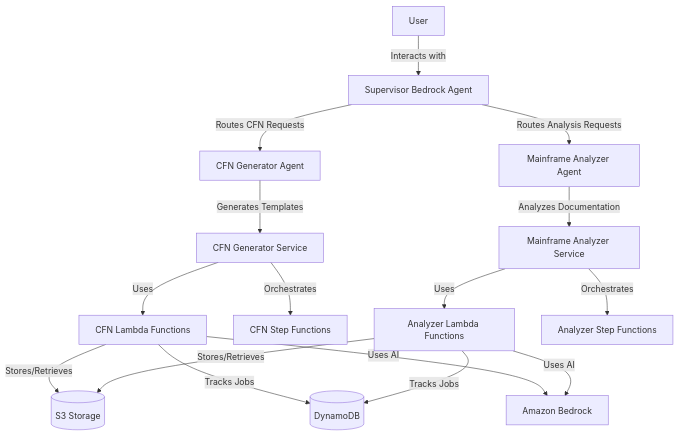
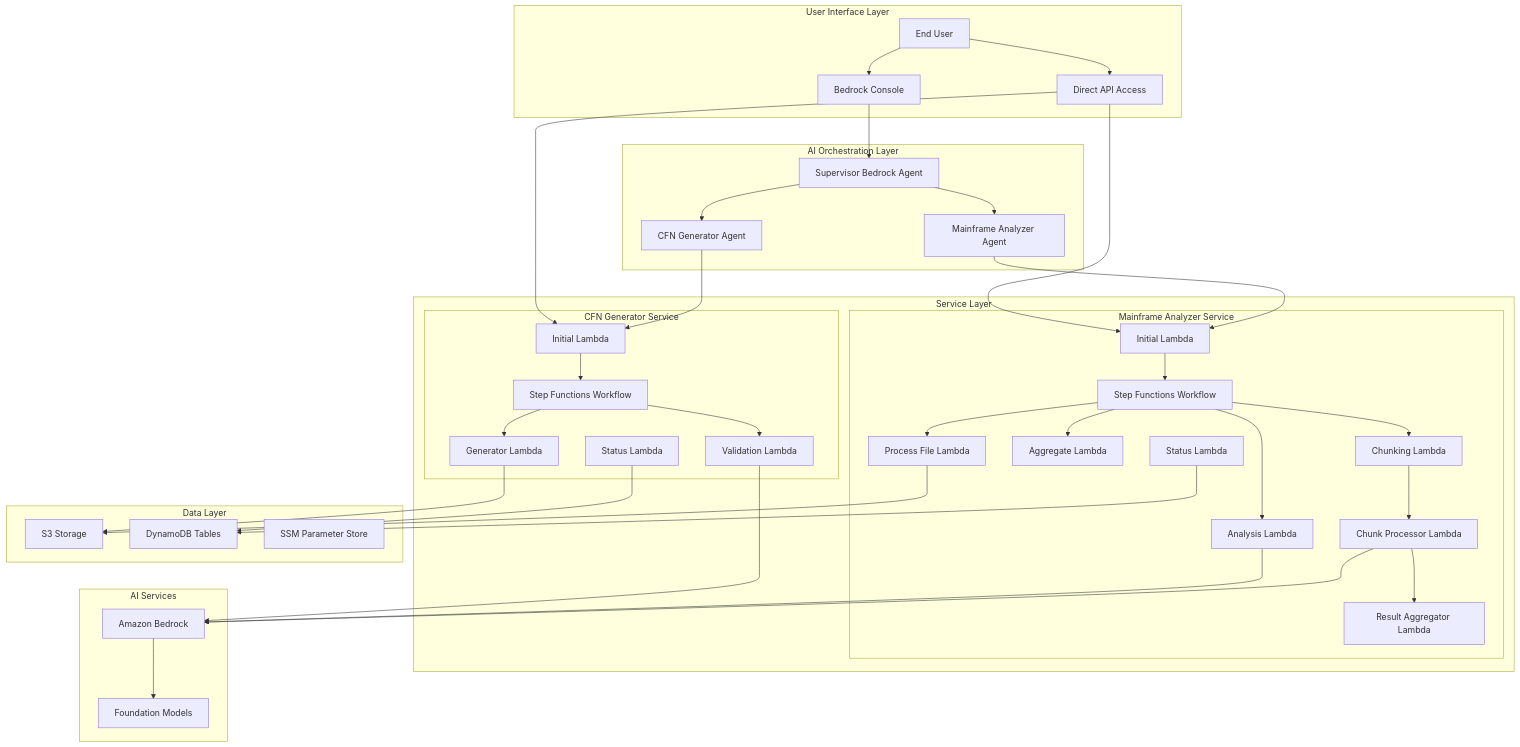
One commit to yssarat/mainframe-migration-suite changed the diagram in README.md. Above: the diagram before and after it, drawn with Mermaid. The commit also changed other lines of this file and 21 other files, not shown here.

````diff
--- a/README.md
+++ b/README.md
@@ -16,25 +41,81 @@
 ```mermaid
-graph TD
-    User[User] -->|Interacts with| SupervisorAgent[Supervisor Bedrock Agent]
+graph TB
+    subgraph "User Interface Layer"
+        User[End User]
+        BedrockConsole[Bedrock Console]
+        API[Direct API Access]
+    end
     
-    SupervisorAgent -->|Routes CFN Requests| CfnAgent[CFN Generator Agent]
-    SupervisorAgent -->|Routes Analysis Requests| AnalyzerAgent[Mainframe Analyzer Agent]
+    subgraph "AI Orchestration Layer"
+        SupervisorAgent[Supervisor Bedrock Agent]
+        CfnAgent[CFN Generator Agent]
+        AnalyzerAgent[Mainframe Analyzer Agent]
+    end
     
-    CfnAgent -->|Generates Templates| CfnService[CFN Generator Service]
-    AnalyzerAgent -->|Analyzes Documentation| AnalyzerService[Mainframe Analyzer Service]
+    subgraph "Service Layer"
+        subgraph "CFN Generator Service"
+            CfnInitial[Initial Lambda]
+            CfnGenerator[Generator Lambda]
+            CfnValidation[Validation Lambda]
+            CfnStatus[Status Lambda]
+            CfnStepFunctions[Step Functions Workflow]
+        end
+        
+        subgraph "Mainframe Analyzer Service"
+            AnalyzerInitial[Initial Lambda]
+            ProcessFile[Process File Lambda]
+            Aggregate[Aggregate Lambda]
+            Analysis[Analysis Lambda]
+            Chunking[Chunking Lambda]
+            ChunkProcessor[Chunk Processor Lambda]
+            ResultAggregator[Result Aggregator Lambda]
+            AnalyzerStatus[Status Lambda]
+            AnalyzerStepFunctions[Step Functions Workflow]
+        end
+    end
     
-    CfnService -->|Uses| CfnLambdas[CFN Lambda Functions]
-    CfnService -->|Orchestrates| CfnStepFunctions[CFN Step Functions]
+    subgraph "Data Layer"
+        S3[S3 Storage]
+        DynamoDB[DynamoDB Tables]
+        ParameterStore[SSM Parameter Store]
+    end
     
-    AnalyzerService -->|Uses| AnalyzerLambdas[Analyzer Lambda Functions]
-    AnalyzerService -->|Orchestrates| AnalyzerStepFunctions[Analyzer Step Functions]
+    subgraph "AI Services"
+        Bedrock[Amazon Bedrock]
+        BedrockModels[Foundation Models]
+    end
     
-    CfnLambdas -->|Stores/Retrieves| S3[(S3 Storage)]
-    AnalyzerLambdas -->|Stores/Retrieves| S3
+    User --> BedrockConsole
+    User --> API
+    BedrockConsole --> SupervisorAgent
+    API --> CfnInitial
+    API --> AnalyzerInitial
     
-    CfnLambdas -->|Tracks Jobs| DynamoDB[(DynamoDB)]
-    AnalyzerLambdas -->|Tracks Jobs| DynamoDB
+    SupervisorAgent --> CfnAgent
+    SupervisorAgent --> AnalyzerAgent
     
-    CfnLambdas -->|Uses AI| Bedrock[Amazon Bedrock]
-    AnalyzerLambdas -->|Uses AI| Bedrock
+    CfnAgent --> CfnInitial
+    AnalyzerAgent --> AnalyzerInitial
+    
+    CfnInitial --> CfnStepFunctions
+    CfnStepFunctions --> CfnGenerator
+    CfnStepFunctions --> CfnValidation
+    CfnGenerator --> S3
+    CfnValidation --> Bedrock
+    
+    AnalyzerInitial --> AnalyzerStepFunctions
+    AnalyzerStepFunctions --> ProcessFile
+    AnalyzerStepFunctions --> Aggregate
+    AnalyzerStepFunctions --> Analysis
+    AnalyzerStepFunctions --> Chunking
+    Chunking --> ChunkProcessor
+    ChunkProcessor --> ResultAggregator
+    ProcessFile --> S3
+    Analysis --> Bedrock
+    ChunkProcessor --> Bedrock
+    
+    CfnStatus --> DynamoDB
+    AnalyzerStatus --> DynamoDB
+    
+    Bedrock --> BedrockModels
 ```
````
